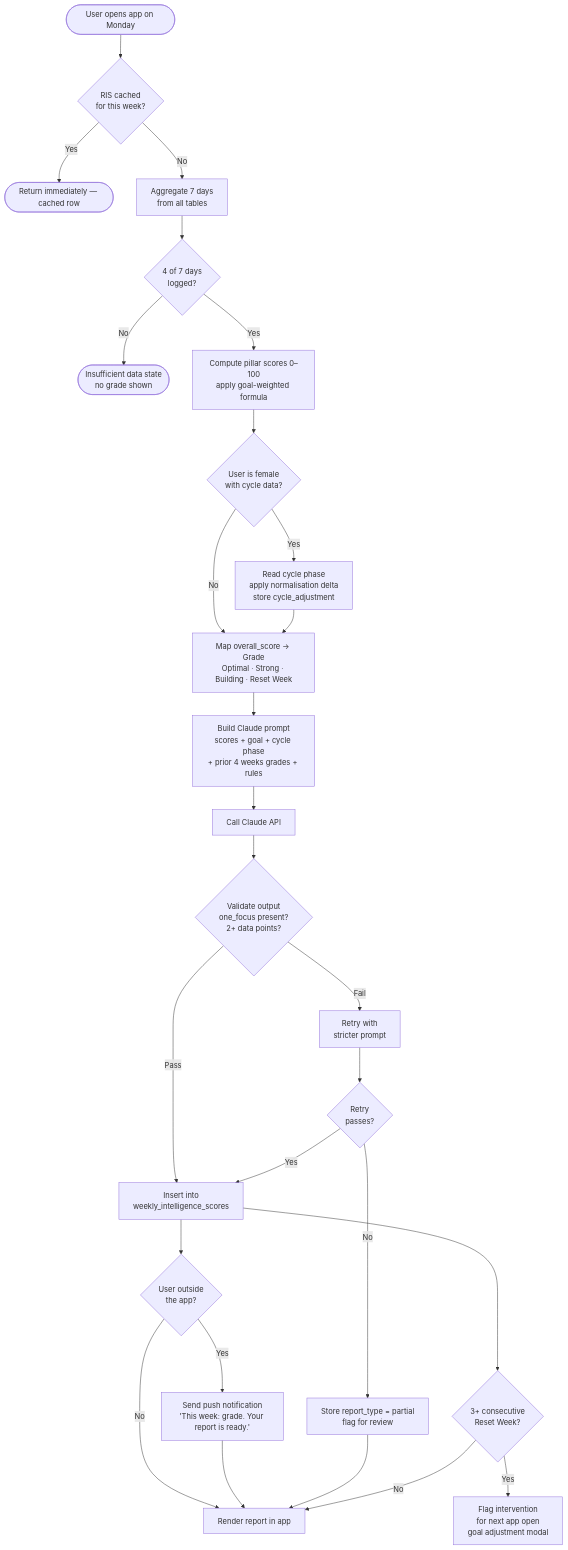
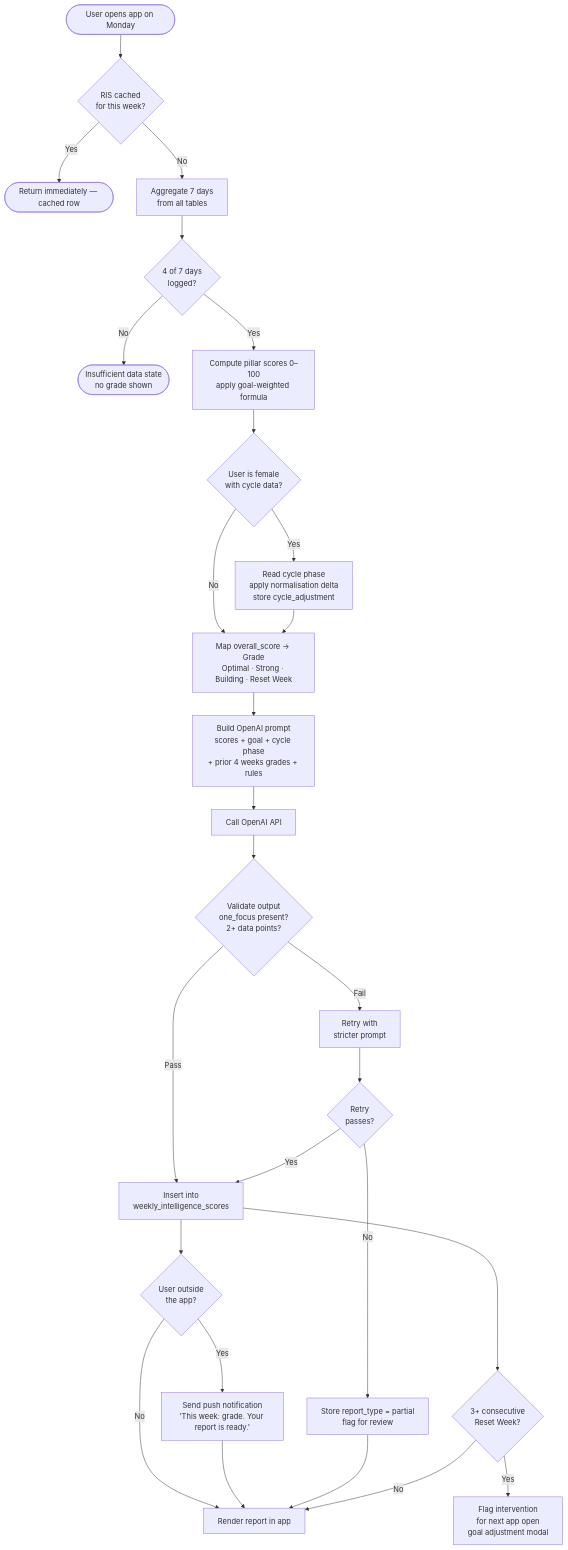
The second of 4 diagrams in docs/ris-architecture.md (OlubodeMichael/RoundFit), drawn with Mermaid before and after one commit. The commit also changed other lines of this file and 1 other file, not shown here.

````diff
--- a/docs/ris-architecture.md
+++ b/docs/ris-architecture.md
@@ -165,35 +165,35 @@
 ```mermaid
 flowchart TD
     A([User opens app on Monday]) --> B{RIS cached\nfor this week?}
     B -- Yes --> C([Return immediately — cached row])
 
     B -- No --> D[Aggregate 7 days\nfrom all tables]
     D --> E{4 of 7 days\nlogged?}
     E -- No --> F([Insufficient data state\nno grade shown])
 
     E -- Yes --> G[Compute pillar scores 0–100\napply goal-weighted formula]
     G --> H{User is female\nwith cycle data?}
     H -- Yes --> I[Read cycle phase\napply normalisation delta\nstore cycle_adjustment]
     H -- No --> J
     I --> J[Map overall_score → Grade\nOptimal · Strong · Building · Reset Week]
 
-    J --> K[Build Claude prompt\nscores + goal + cycle phase\n+ prior 4 weeks grades + rules]
-    K --> L[Call Claude API]
+    J --> K[Build OpenAI prompt\nscores + goal + cycle phase\n+ prior 4 weeks grades + rules]
+    K --> L[Call OpenAI API]
     L --> M{Validate output\none_focus present?\n2+ data points?}
 
     M -- Pass --> N[Insert into\nweekly_intelligence_scores]
     M -- Fail --> O[Retry with\nstricter prompt]
     O --> P{Retry\npasses?}
     P -- Yes --> N
     P -- No --> Q[Store report_type = partial\nflag for review]
 
     N --> R{User outside\nthe app?}
     R -- Yes --> S[Send push notification\n'This week: grade. Your report is ready.']
     R -- No --> T
     S --> T[Render report in app]
     Q --> T
 
     N --> U{3+ consecutive\nReset Week?}
     U -- Yes --> V[Flag intervention\nfor next app open\ngoal adjustment modal]
     U -- No --> T
 ```
````
